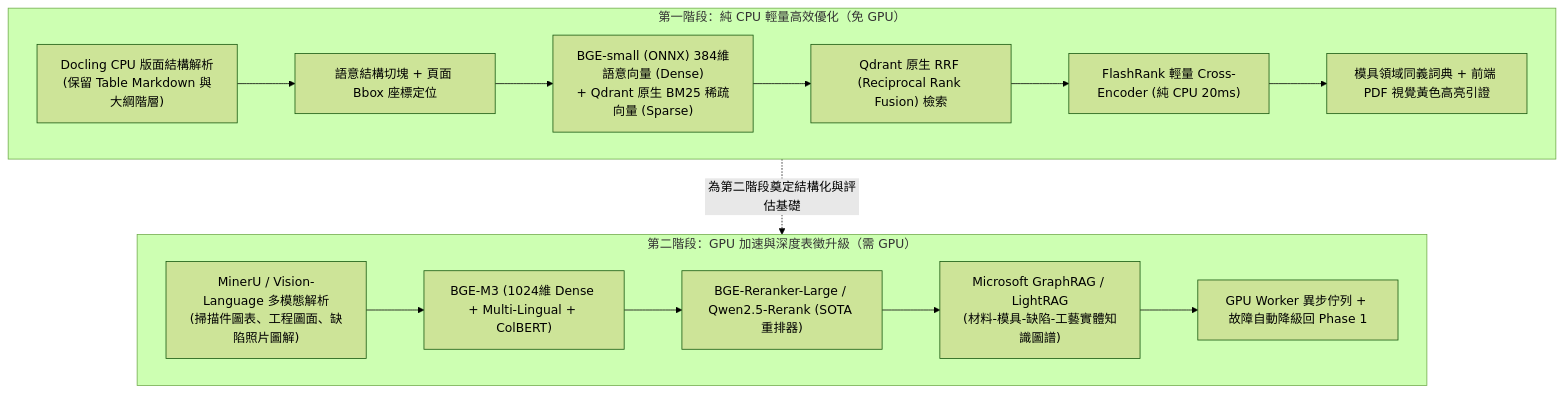
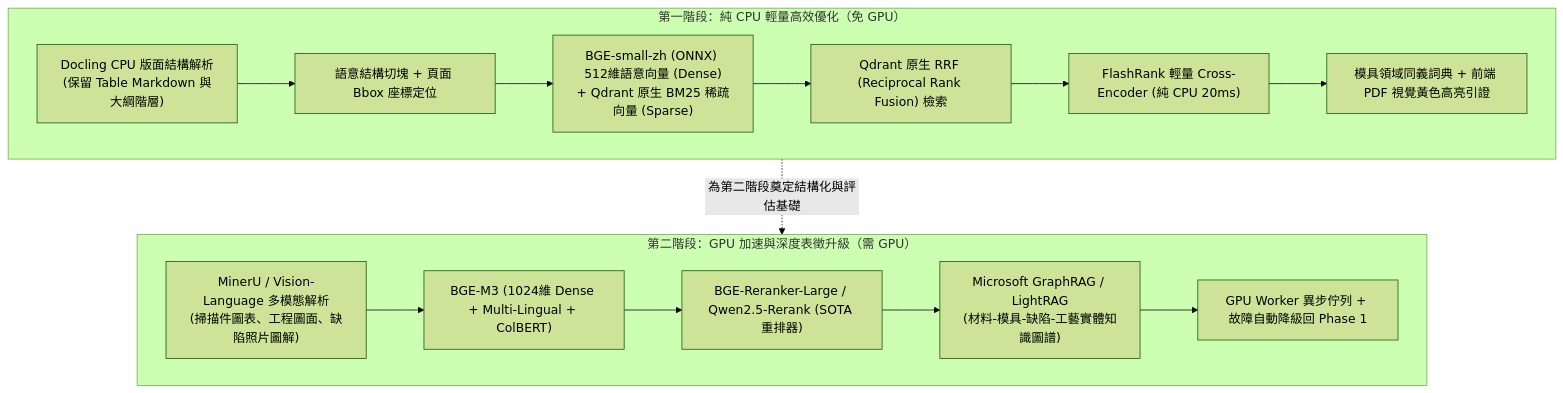
One commit to Kao-Wei-Lun/Mold-AI-Platform changed the diagram in docs/requirements/19_Knowledge_RAG_Engine_Optimization_SRS.md. Above: the diagram before and after it, drawn with Mermaid (forest theme). The commit also changed other lines of this file and 20 other files, not shown here.

````diff
--- a/docs/requirements/19_Knowledge_RAG_Engine_Optimization_SRS.md
+++ b/docs/requirements/19_Knowledge_RAG_Engine_Optimization_SRS.md
@@ -29,19 +29,19 @@
 ```mermaid
 flowchart TD
     subgraph Phase1 [第一階段：純 CPU 輕量高效優化（免 GPU）]
         A1["Docling CPU 版面結構解析<br>(保留 Table Markdown 與大綱階層)"] --> B1["語意結構切塊 + 頁面 Bbox 座標定位"]
-        B1 --> C1["BGE-small (ONNX) 384維語意向量 (Dense)<br>+ Qdrant 原生 BM25 稀疏向量 (Sparse)"]
+        B1 --> C1["BGE-small-zh (ONNX) 512維語意向量 (Dense)<br>+ Qdrant 原生 BM25 稀疏向量 (Sparse)"]
         C1 --> D1["Qdrant 原生 RRF (Reciprocal Rank Fusion) 檢索"]
         D1 --> E1["FlashRank 輕量 Cross-Encoder (純 CPU 20ms)"]
         E1 --> F1["模具領域同義詞典 + 前端 PDF 視覺黃色高亮引證"]
     end
 
     subgraph Phase2 [第二階段：GPU 加速與深度表徵升級（需 GPU）]
         A2["MinerU / Vision-Language 多模態解析<br>(掃描件圖表、工程圖面、缺陷照片圖解)"] --> B2["BGE-M3 (1024維 Dense + Multi-Lingual + ColBERT)"]
         B2 --> C2["BGE-Reranker-Large / Qwen2.5-Rerank (SOTA 重排器)"]
         C2 --> D2["Microsoft GraphRAG / LightRAG<br>(材料-模具-缺陷-工藝實體知識圖譜)"]
         D2 --> E2["GPU Worker 異步佇列 + 故障自動降級回 Phase 1"]
     end
 
     Phase1 -. "為第二階段奠定結構化與評估基礎" .-> Phase2
 ```
````
